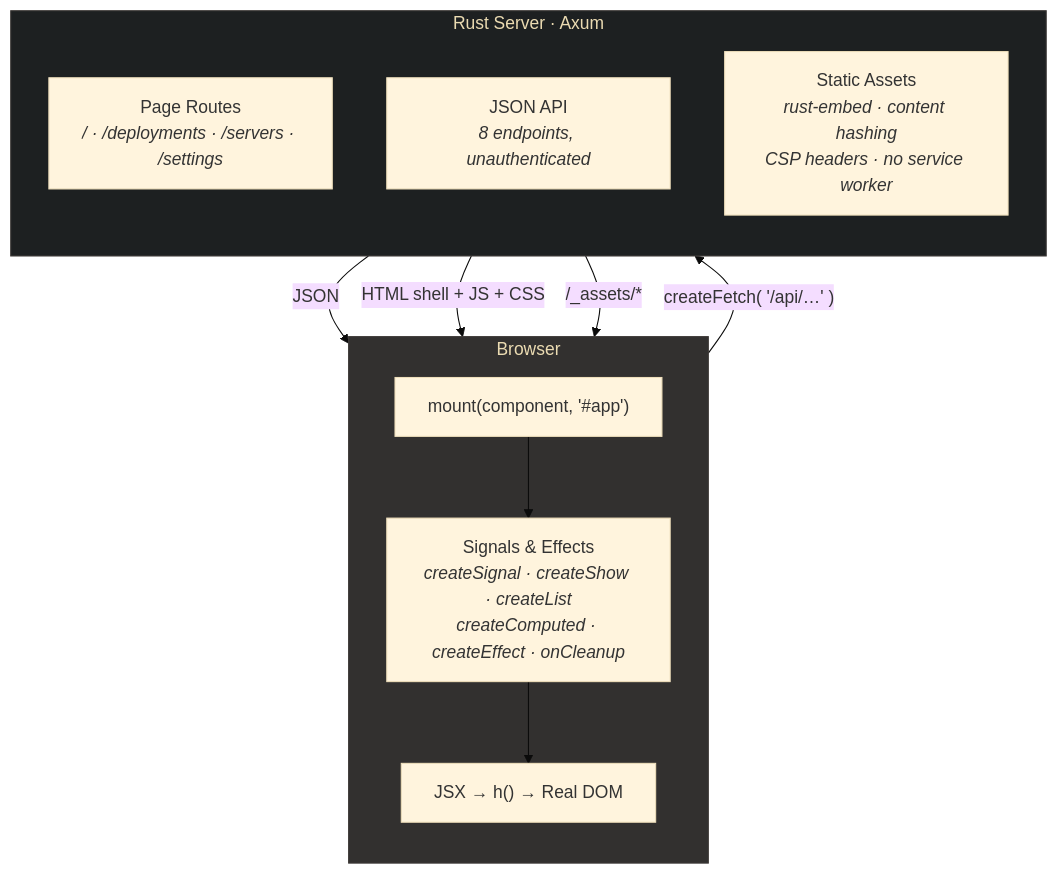
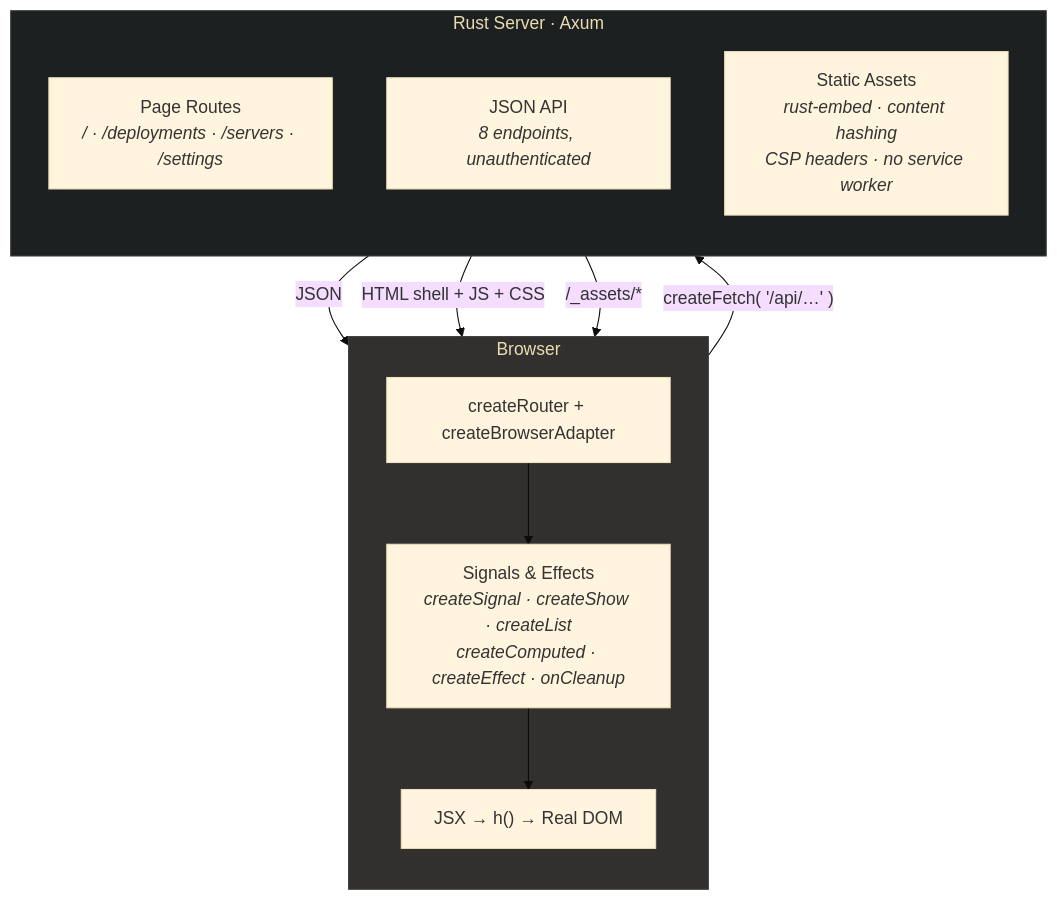
One commit to getforma-dev/forma changed the diagram in packages/create-app/templates/dashboard/README.md. Above: the diagram before and after it, drawn with Mermaid (base theme). The commit also changed other lines of this file and 33 other files, not shown here.

Commit message:
feat(create-app): adopt router and prepare first 3.2 release controls

````diff
--- a/packages/create-app/templates/dashboard/README.md
+++ b/packages/create-app/templates/dashboard/README.md
@@ -126,25 +133,25 @@
 ```mermaid
 flowchart TB
   subgraph client["Browser"]
     direction TB
-    mount["mount(component, '#app')"]
+    mount["createRouter + createBrowserAdapter"]
     signals["Signals & Effects<br/><i>createSignal · createShow · createList<br/>createComputed · createEffect · onCleanup</i>"]
     jsx["JSX → h() → Real DOM"]
     mount --> signals --> jsx
   end
 
   subgraph server["Rust Server · Axum"]
     direction TB
     pages["Page Routes<br/><i>/ · /deployments · /servers · /settings</i>"]
     api["JSON API<br/><i>8 endpoints, unauthenticated</i>"]
     assets["Static Assets<br/><i>rust-embed · content hashing<br/>CSP headers · no service worker</i>"]
   end
 
   client -- "createFetch( '/api/…' )" --> api
   api -- "JSON" --> client
   pages -- "HTML shell + JS + CSS" --> client
   assets -- "/_assets/*" --> client
 
   style client fill:#32302f,stroke:#3c3836,color:#ebdbb2
   style server fill:#1d2021,stroke:#3c3836,color:#ebdbb2
 ```
````
